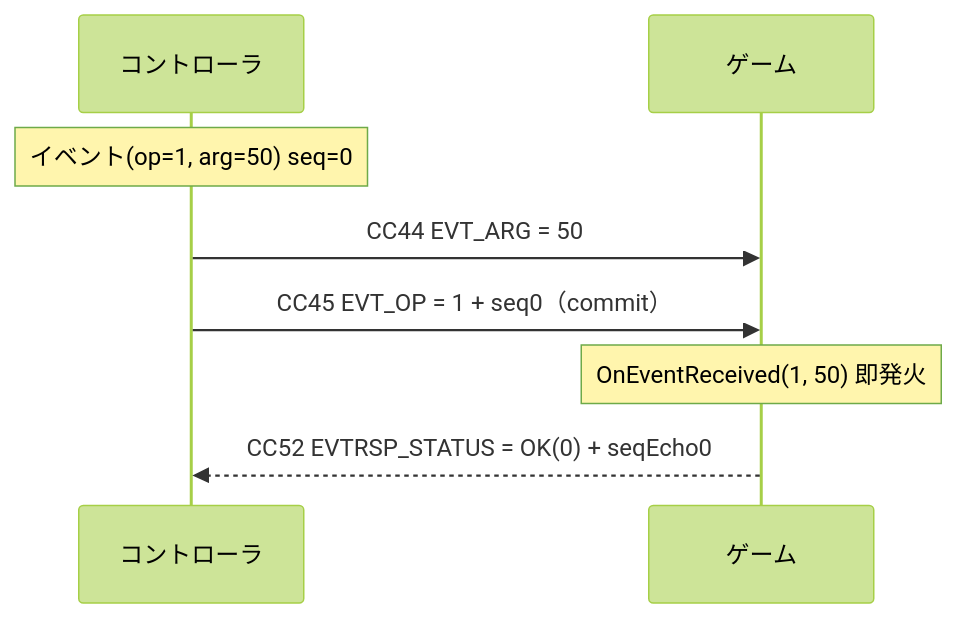
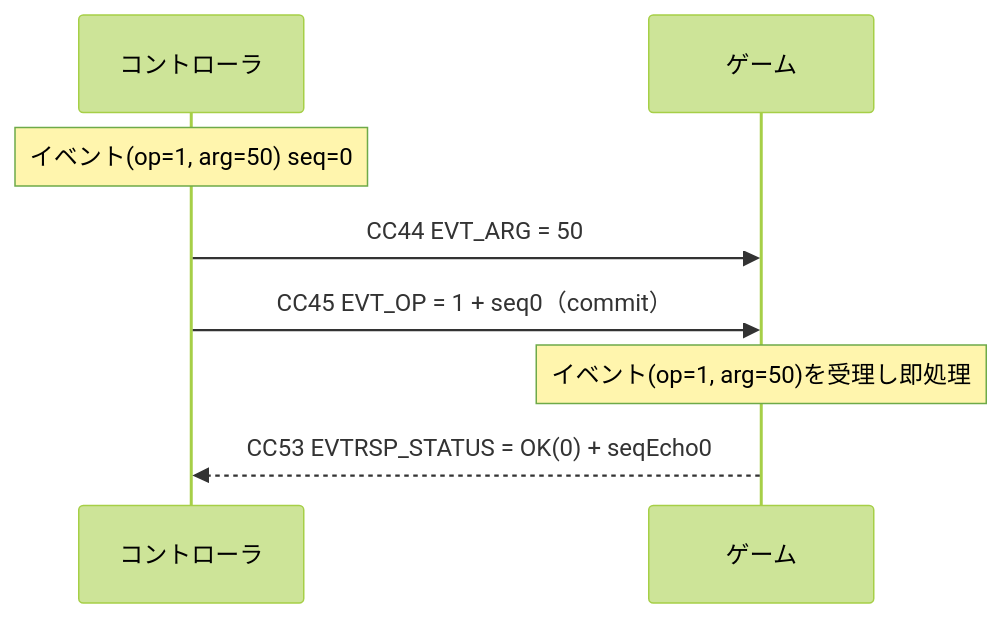
One commit to sanlike0911/pyMidiSimulator changed the second of 4 diagrams in docs/specs/midi-mapping.md. Above: the diagram before and after it, drawn with Mermaid (forest theme). The commit also changed other lines of this file and 6 other files, not shown here.

````diff
--- a/docs/specs/midi-mapping.md
+++ b/docs/specs/midi-mapping.md
@@ -285,10 +259,10 @@
 ```mermaid
 sequenceDiagram
     participant C as コントローラ
     participant G as ゲーム
     Note over C: イベント(op=1, arg=50) seq=0
     C->>G: CC44 EVT_ARG = 50
     C->>G: CC45 EVT_OP = 1 + seq0（commit）
-    Note over G: OnEventReceived(1, 50) 即発火
-    G-->>C: CC52 EVTRSP_STATUS = OK(0) + seqEcho0
+    Note over G: イベント(op=1, arg=50)を受理し即処理
+    G-->>C: CC53 EVTRSP_STATUS = OK(0) + seqEcho0
 ```
````
